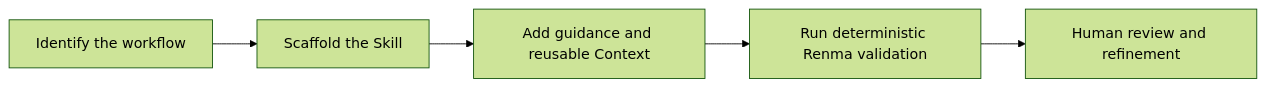
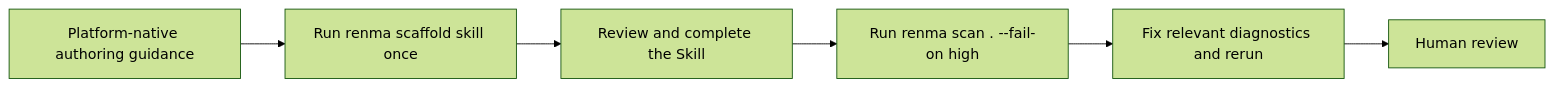
One commit to KazuCocoa/renma changed the first of 2 diagrams in docs/user-manual.md. Above: the diagram before and after it, drawn with Mermaid (forest theme). The commit also changed other lines of this file and 33 other files, not shown here.

````diff
--- a/docs/user-manual.md
+++ b/docs/user-manual.md
@@ -135,7 +154,8 @@
 ```mermaid
 flowchart LR
-  Identify["Identify the workflow"] --> Scaffold["Scaffold the Skill"]
-  Scaffold --> Context["Add guidance and reusable Context"]
-  Context --> Validate["Run deterministic Renma validation"]
-  Validate --> Review["Human review and refinement"]
+  Design["Platform-native authoring guidance"] --> Scaffold["Run renma scaffold skill once"]
+  Scaffold --> Complete["Review and complete the Skill"]
+  Complete --> Validate["Run renma scan . --fail-on high"]
+  Validate --> Fix["Fix relevant diagnostics and rerun"]
+  Fix --> Review["Human review"]
 ```
````
